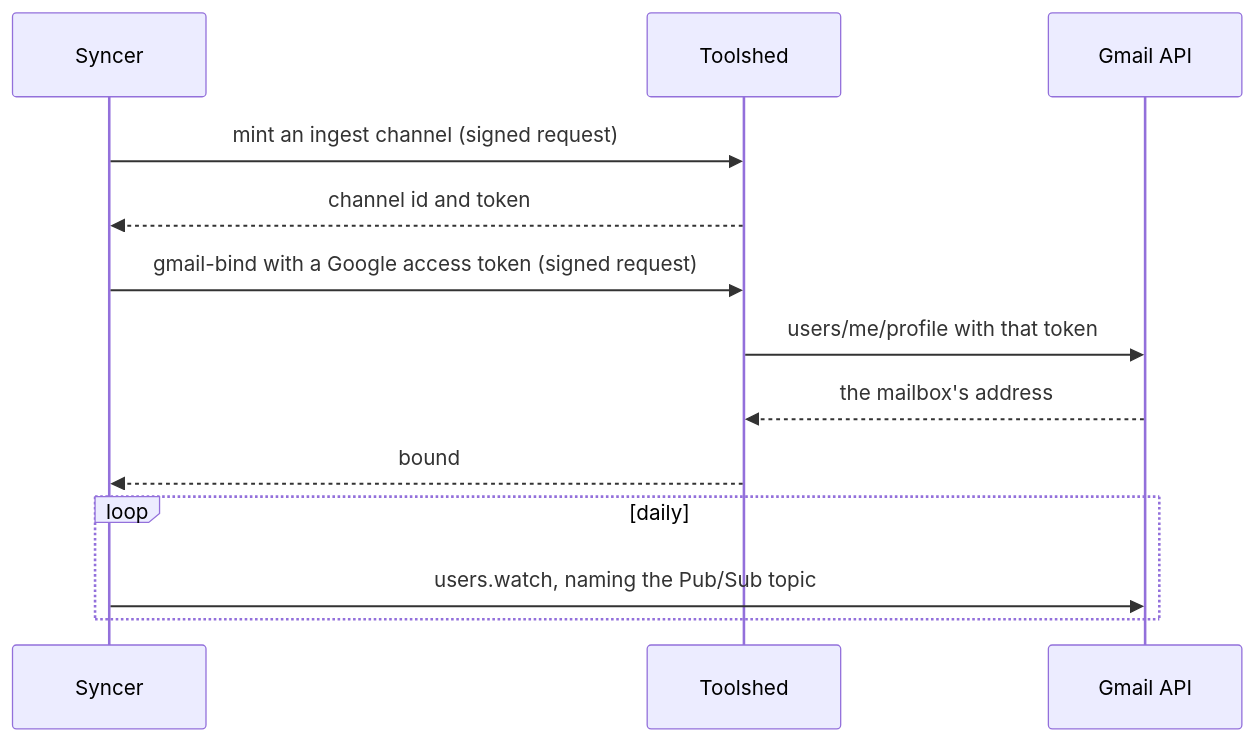
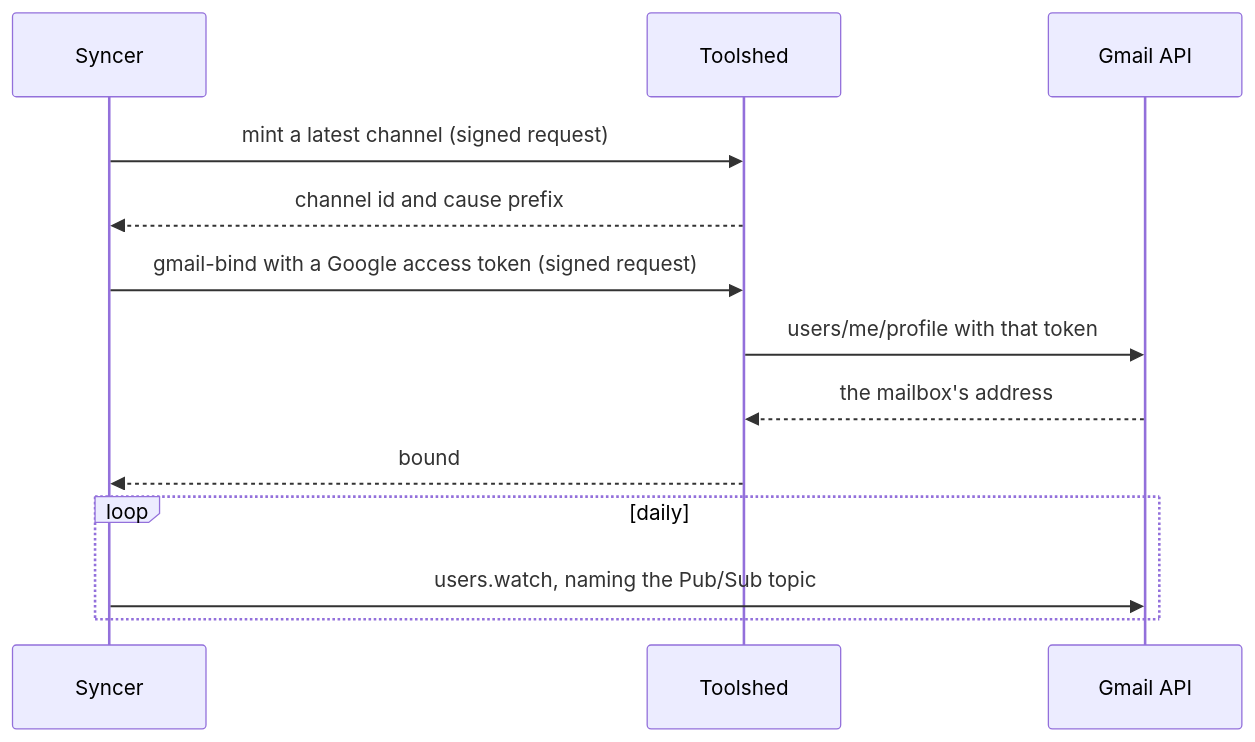
The second of 4 diagrams in docs/features/gmail-push-architecture.md (commonfabric/labs), drawn with Mermaid before and after one commit. The commit also changed other lines of this file and 4 other files, not shown here.

````diff
--- a/docs/features/gmail-push-architecture.md
+++ b/docs/features/gmail-push-architecture.md
@@ -87,16 +87,16 @@
 ```mermaid
 sequenceDiagram
     participant S as Syncer
     participant T as Toolshed
     participant G as Gmail API
 
-    S->>T: mint an ingest channel (signed request)
-    T-->>S: channel id and token
+    S->>T: mint a latest channel (signed request)
+    T-->>S: channel id and cause prefix
     S->>T: gmail-bind with a Google access token (signed request)
     T->>G: users/me/profile with that token
     G-->>T: the mailbox's address
     T-->>S: bound
     loop daily
         S->>G: users.watch, naming the Pub/Sub topic
     end
 ```
````
